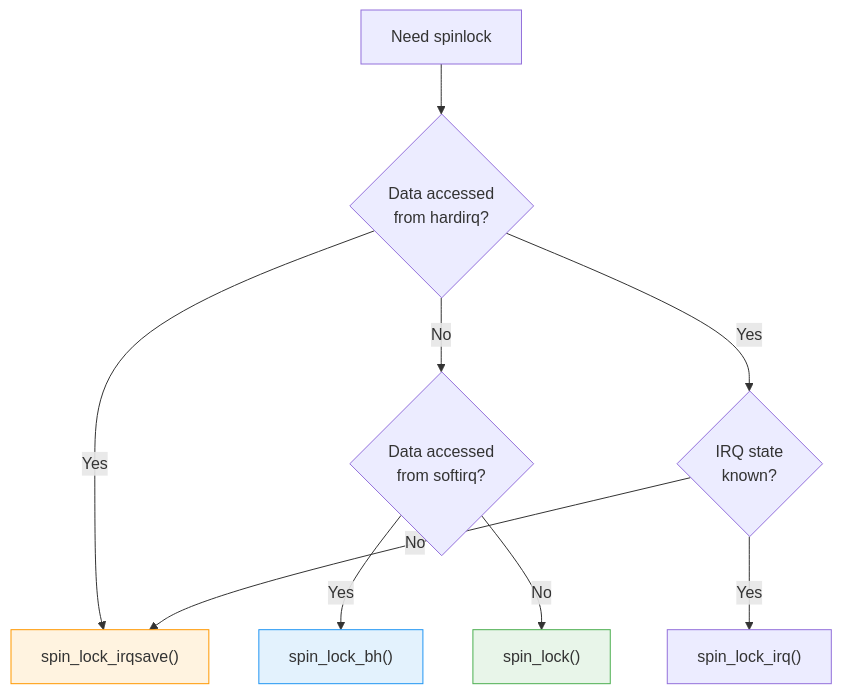
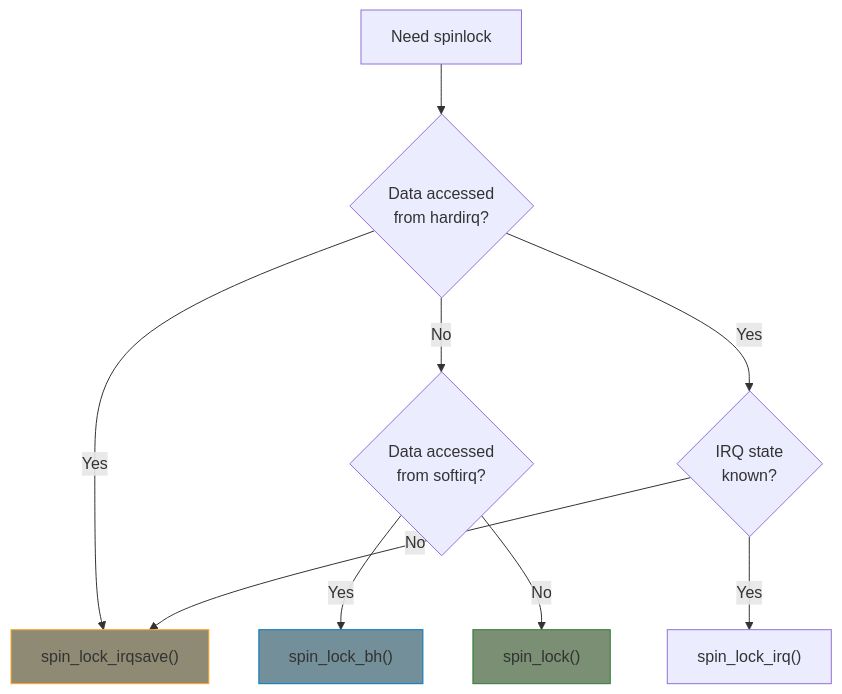
The diagram in part4/02-spinlocks.md (MichaelTien8901/linux-driver-guide-tutorial), drawn with Mermaid before and after one commit. The commit also changed 36 other files, not shown here.

Commit message:
Fix mermaid diagram colors to use consistent paper-like theme

````diff
--- a/part4/02-spinlocks.md
+++ b/part4/02-spinlocks.md
@@ -86,20 +86,20 @@
 ```mermaid
 flowchart TD
     Start["Need spinlock"]
     HardIRQ{"Data accessed<br/>from hardirq?"}
     SoftIRQ{"Data accessed<br/>from softirq?"}
     Known{"IRQ state<br/>known?"}
 
     Start --> HardIRQ
     HardIRQ -->|Yes| IRQSave["spin_lock_irqsave()"]
     HardIRQ -->|No| SoftIRQ
     SoftIRQ -->|Yes| BH["spin_lock_bh()"]
     SoftIRQ -->|No| Basic["spin_lock()"]
     HardIRQ -->|Yes| Known
     Known -->|Yes| IRQ["spin_lock_irq()"]
     Known -->|No| IRQSave
 
-    style IRQSave fill:#fff3e0,stroke:#ff9800
-    style BH fill:#e3f2fd,stroke:#2196f3
-    style Basic fill:#e8f5e9,stroke:#4caf50
+    style IRQSave fill:#8f8a73,stroke:#f9a825
+    style BH fill:#738f99,stroke:#0277bd
+    style Basic fill:#7a8f73,stroke:#2e7d32
 ```
````
